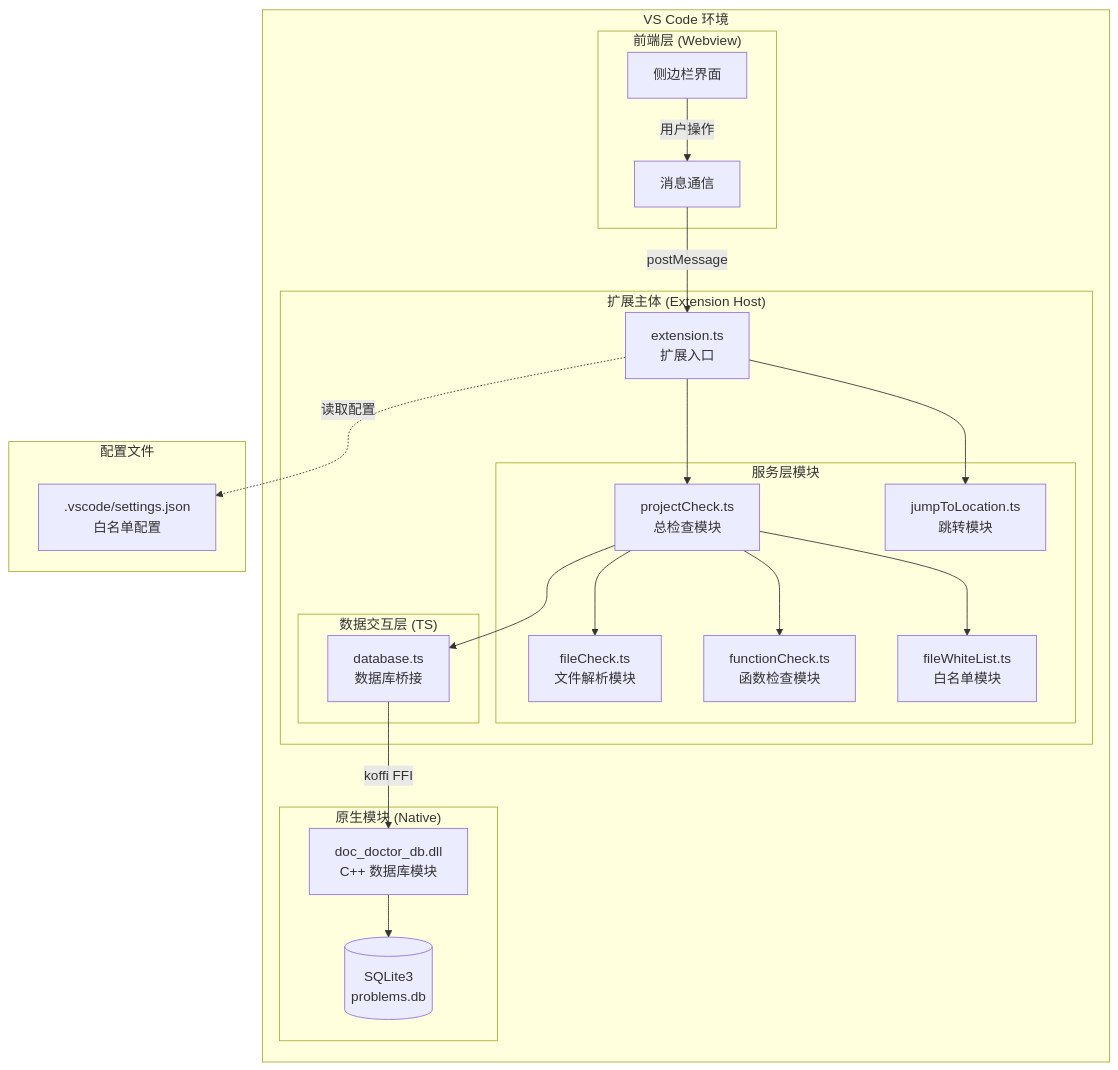
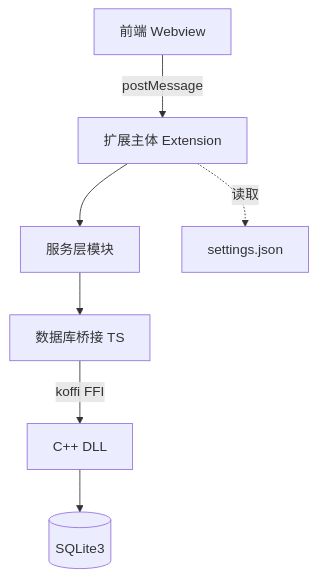
The first of 9 diagrams in RequirementDocument/设计文档.md (Aldebaran638/Doc-Doctor), drawn with Mermaid before and after one commit. The commit also changed other lines of this file, not shown here.

````diff
--- a/RequirementDocument/设计文档.md
+++ b/RequirementDocument/设计文档.md
@@ -43,47 +43,9 @@
 ```mermaid
 graph TB
-    subgraph "VS Code 环境"
-        subgraph "前端层 (Webview)"
-            UI[侧边栏界面]
-            UI --> |用户操作| MSG[消息通信]
-        end
-        
-        subgraph "扩展主体 (Extension Host)"
-            EXT[extension.ts<br/>扩展入口]
-            MSG --> |postMessage| EXT
-            
-            subgraph "服务层模块"
-                PC[projectCheck.ts<br/>总检查模块]
-                FC[fileCheck.ts<br/>文件解析模块]
-                FN[functionCheck.ts<br/>函数检查模块]
-                WL[fileWhiteList.ts<br/>白名单模块]
-                JL[jumpToLocation.ts<br/>跳转模块]
-            end
-            
-            EXT --> PC
-            PC --> FC
-            PC --> FN
-            PC --> WL
-            EXT --> JL
-            
-            subgraph "数据交互层 (TS)"
-                DB_TS[database.ts<br/>数据库桥接]
-            end
-            
-            PC --> DB_TS
-        end
-        
-        subgraph "原生模块 (Native)"
-            DB_CPP[doc_doctor_db.dll<br/>C++ 数据库模块]
-            SQLITE[(SQLite3<br/>problems.db)]
-            
-            DB_TS --> |koffi FFI| DB_CPP
-            DB_CPP --> SQLITE
-        end
-    end
-    
-    subgraph "配置文件"
-        SETTINGS[.vscode/settings.json<br/>白名单配置]
-        EXT -.-> |读取配置| SETTINGS
-    end
+    UI[前端 Webview] -->|postMessage| EXT[扩展主体 Extension]
+    EXT --> SERVICE[服务层模块]
+    SERVICE --> DB_TS[数据库桥接 TS]
+    DB_TS -->|koffi FFI| DB_CPP[C++ DLL]
+    DB_CPP --> SQLITE[(SQLite3)]
+    EXT -.->|读取| SETTINGS[settings.json]
 ```
````
